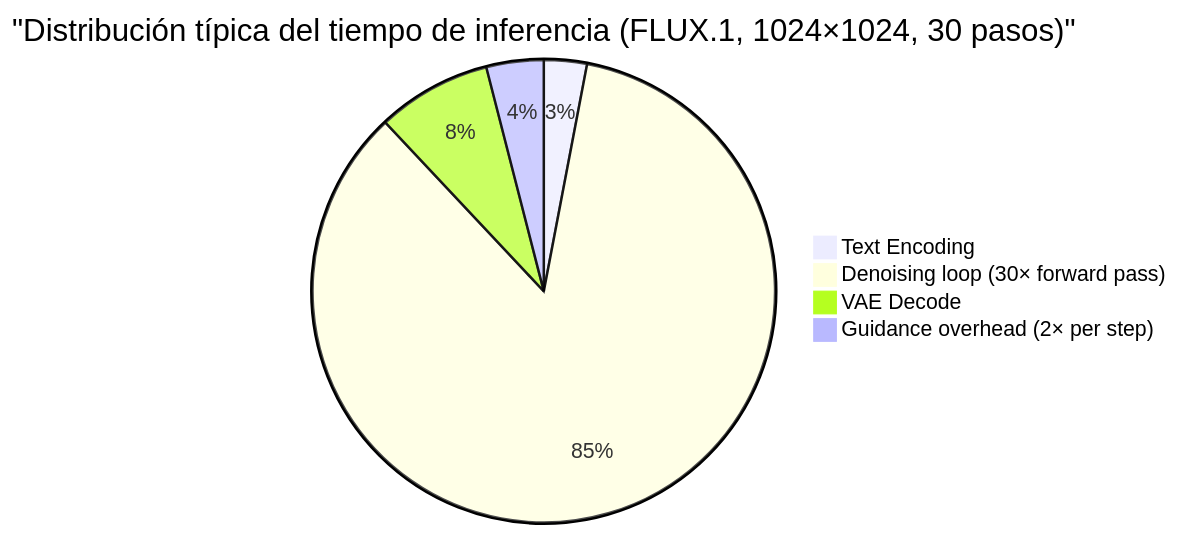
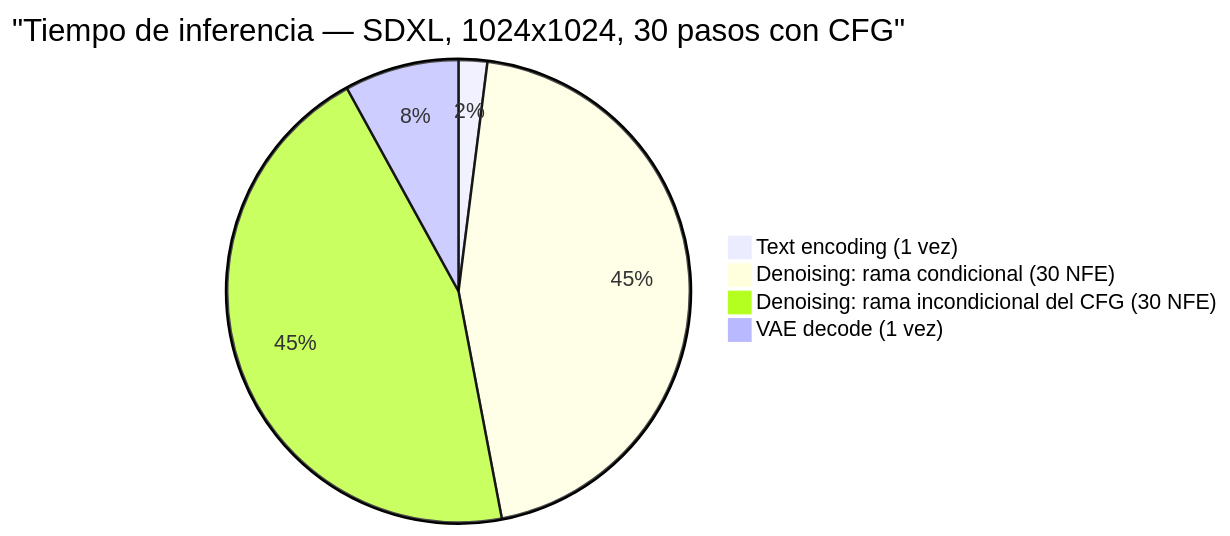
One commit to DavidDevGt/DifusionReal changed the tenth of 11 diagrams in 15-pipelines/README.md. Above: the diagram before and after it, drawn with Mermaid. The commit also changed other lines of this file, not shown here.

````diff
--- a/15-pipelines/README.md
+++ b/15-pipelines/README.md
@@ -428,7 +443,7 @@
 ```mermaid
-pie title "Distribución típica del tiempo de inferencia (FLUX.1, 1024×1024, 30 pasos)"
-    "Text Encoding" : 3
-    "Denoising loop (30× forward pass)" : 85
-    "VAE Decode" : 8
-    "Guidance overhead (2× per step)" : 4
+pie title "Tiempo de inferencia — SDXL, 1024x1024, 30 pasos con CFG"
+    "Text encoding (1 vez)" : 2
+    "Denoising: rama condicional (30 NFE)" : 45
+    "Denoising: rama incondicional del CFG (30 NFE)" : 45
+    "VAE decode (1 vez)" : 8
 ```
````
